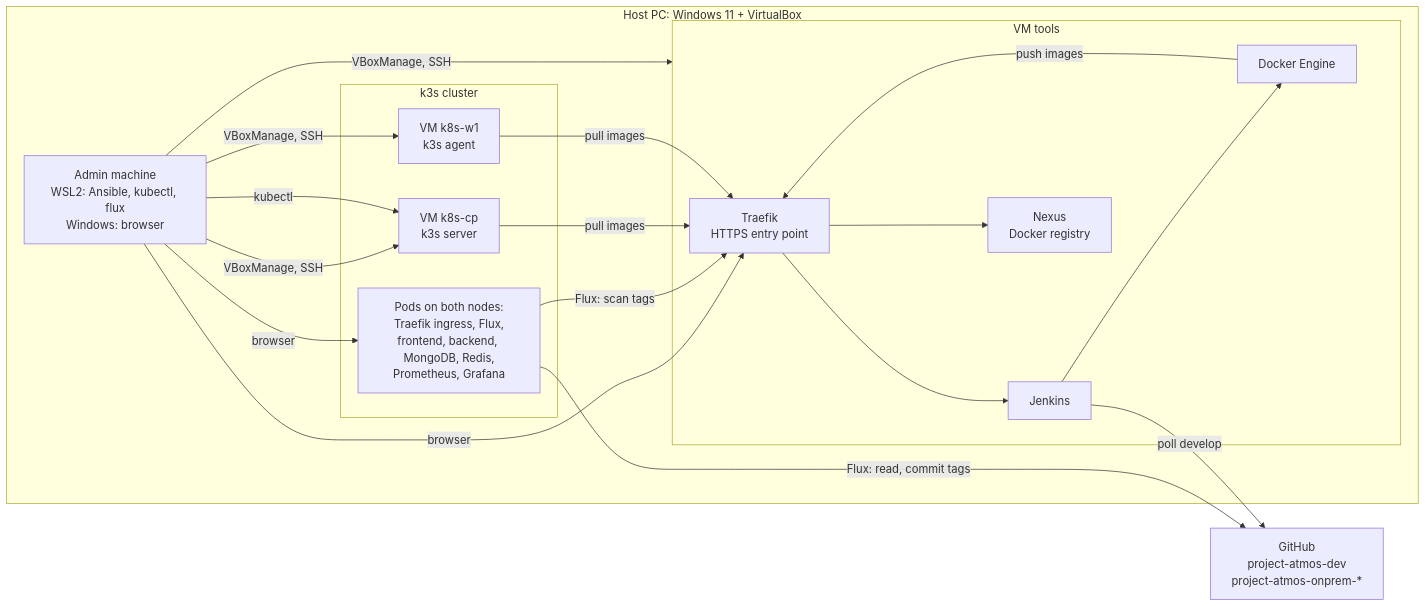
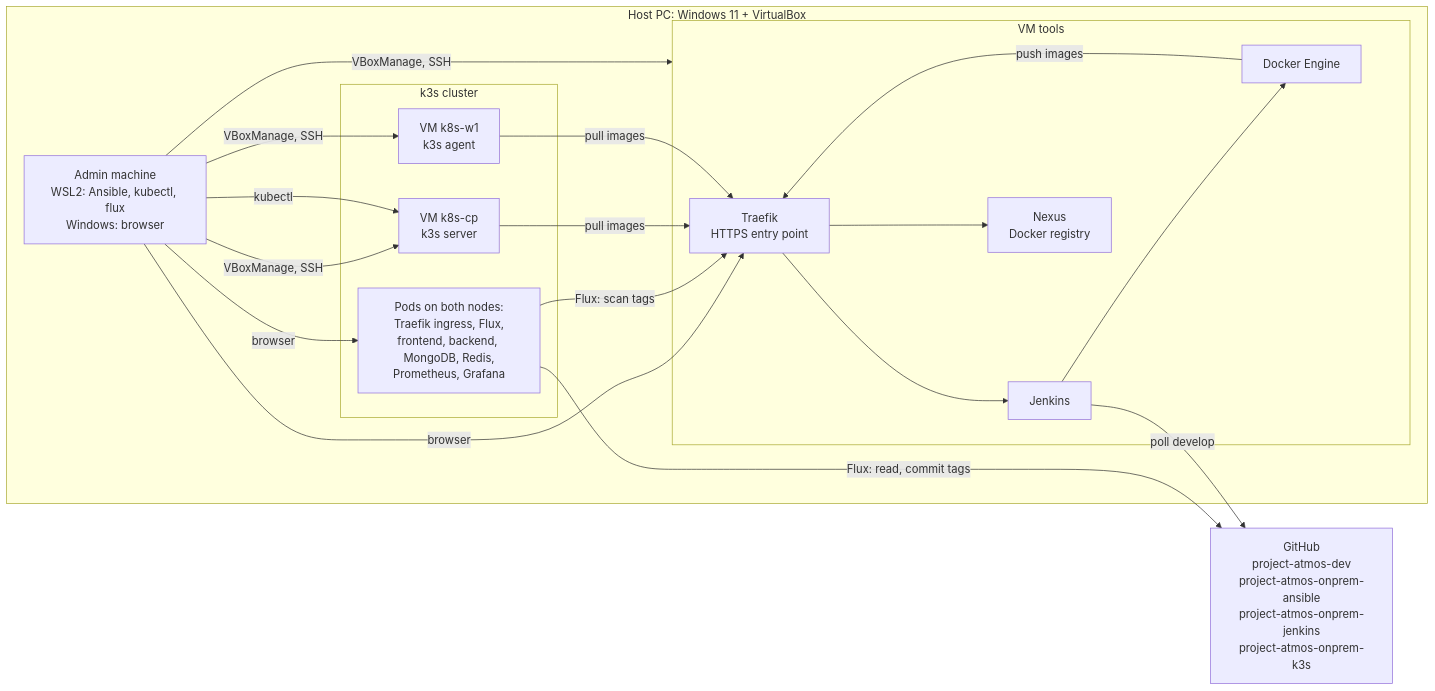
Before and after one commit to Kernel-Club/atmos-dev: the first of 3 diagrams in docs/on-premise/architecture.md, drawn with Mermaid. The commit also changed other lines of this file and 6 other files, not shown here.

Commit message:
docs(on-premise): rename repositories and fix architecture logic after review

````diff
--- a/docs/on-premise/architecture.md
+++ b/docs/on-premise/architecture.md
@@ -15,34 +15,34 @@
 ```mermaid
 flowchart LR
     subgraph host["Host PC: Windows 11 + VirtualBox"]
         admin["Admin machine<br/>WSL2: Ansible, kubectl, flux<br/>Windows: browser"]
         subgraph tools["VM tools"]
             tTraefik["Traefik<br/>HTTPS entry point"]
             jenkins["Jenkins"]
             docker["Docker Engine"]
             nexus["Nexus<br/>Docker registry"]
         end
         subgraph k3s["k3s cluster"]
             cp["VM k8s-cp<br/>k3s server"]
             w1["VM k8s-w1<br/>k3s agent"]
             pods["Pods on both nodes:<br/>Traefik ingress, Flux,<br/>frontend, backend, MongoDB, Redis,<br/>Prometheus, Grafana"]
         end
     end
-    github["GitHub<br/>project-atmos-dev<br/>project-atmos-onprem-*"]
+    github["GitHub<br/>project-atmos-dev<br/>project-atmos-onprem-ansible<br/>project-atmos-onprem-jenkins<br/>project-atmos-onprem-k3s"]
 
     admin -- "VBoxManage, SSH" --> tools
     admin -- "VBoxManage, SSH" --> cp
     admin -- "VBoxManage, SSH" --> w1
     admin -- "kubectl" --> cp
     admin -- "browser" --> tTraefik
     admin -- "browser" --> pods
     tTraefik --> jenkins
     tTraefik --> nexus
     jenkins -- "poll develop" --> github
     jenkins --> docker
     docker -- "push images" --> tTraefik
     pods -- "Flux: read, commit tags" --> github
     pods -- "Flux: scan tags" --> tTraefik
     cp -- "pull images" --> tTraefik
     w1 -- "pull images" --> tTraefik
 ```
````
